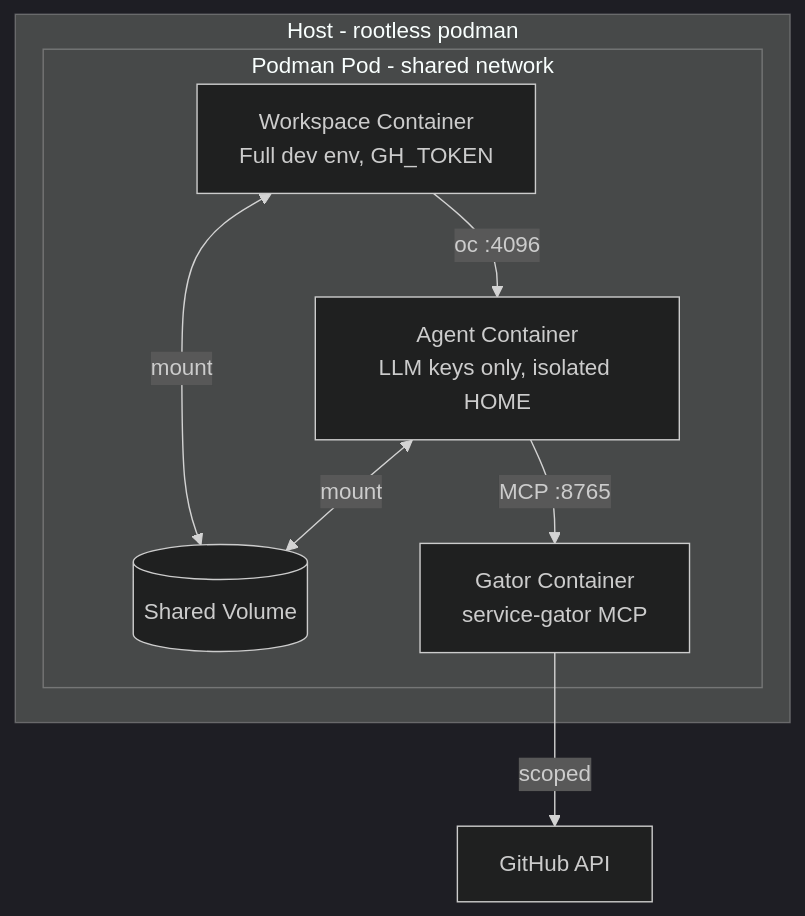
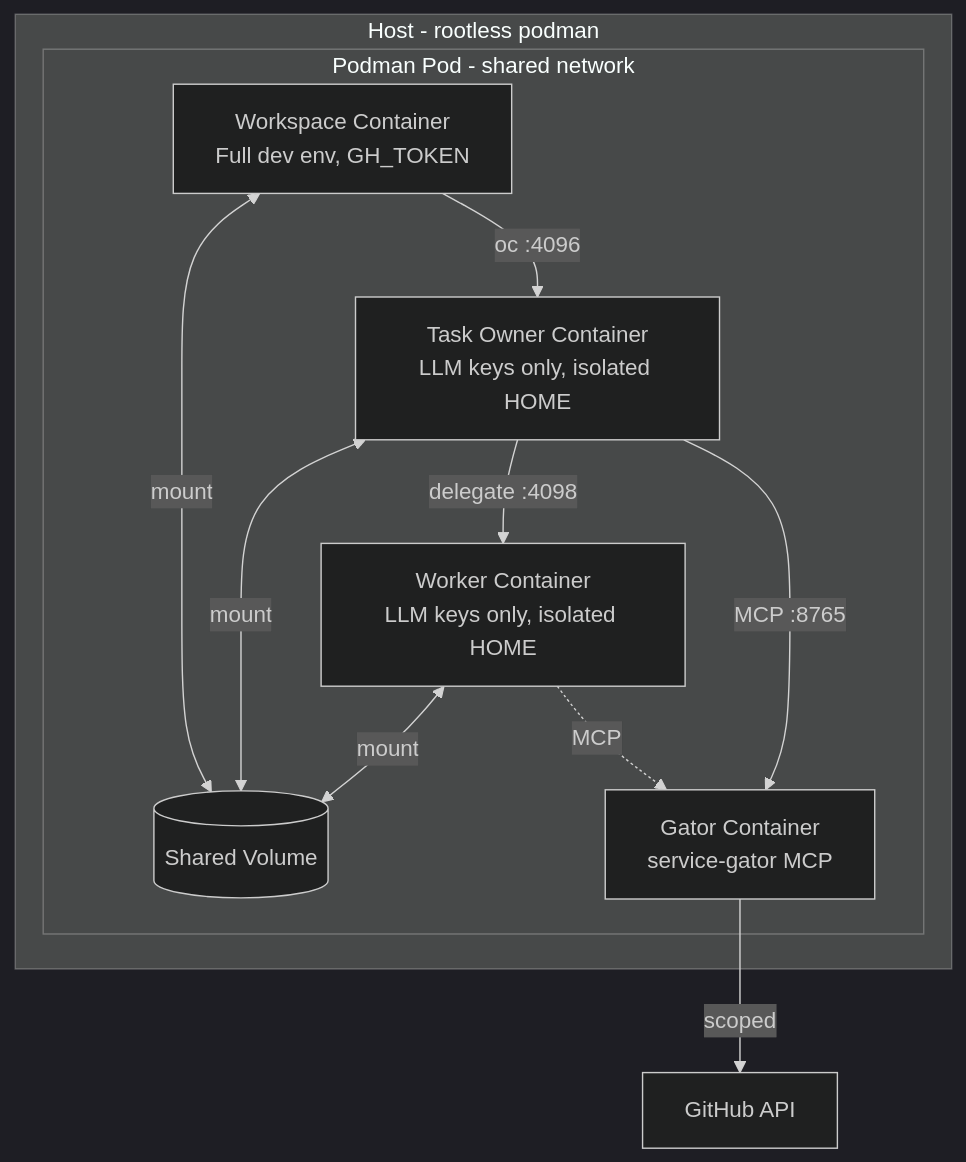
One commit to arewm/devaipod changed the diagram in docs/src/sandboxing.md. Above: the diagram before and after it, drawn with Mermaid (dark theme). The commit also changed other lines of this file and 2 other files, not shown here.

First line of the commit message:
docs: Update for multi-agent (task owner + worker) architecture

````diff
--- a/docs/src/sandboxing.md
+++ b/docs/src/sandboxing.md
@@ -19,16 +19,20 @@
 ```mermaid
 flowchart TB
     subgraph host[Host - rootless podman]
         subgraph pod[Podman Pod - shared network]
             workspace[Workspace Container<br/>Full dev env, GH_TOKEN]
-            agent[Agent Container<br/>LLM keys only, isolated HOME]
+            owner[Task Owner Container<br/>LLM keys only, isolated HOME]
+            worker[Worker Container<br/>LLM keys only, isolated HOME]
             gator[Gator Container<br/>service-gator MCP]
             volume[(Shared Volume)]
         end
     end
     workspace <-->|mount| volume
-    agent <-->|mount| volume
-    workspace -->|oc :4096| agent
-    agent -->|MCP :8765| gator
+    owner <-->|mount| volume
+    worker <-->|mount| volume
+    workspace -->|oc :4096| owner
+    owner -->|delegate :4098| worker
+    owner -->|MCP :8765| gator
+    worker -.->|MCP| gator
     gator -->|scoped| github[GitHub API]
 ```
````
